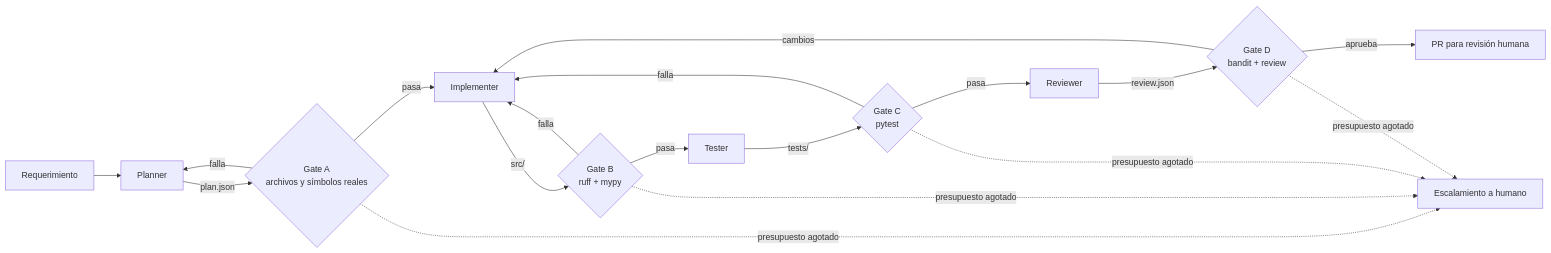
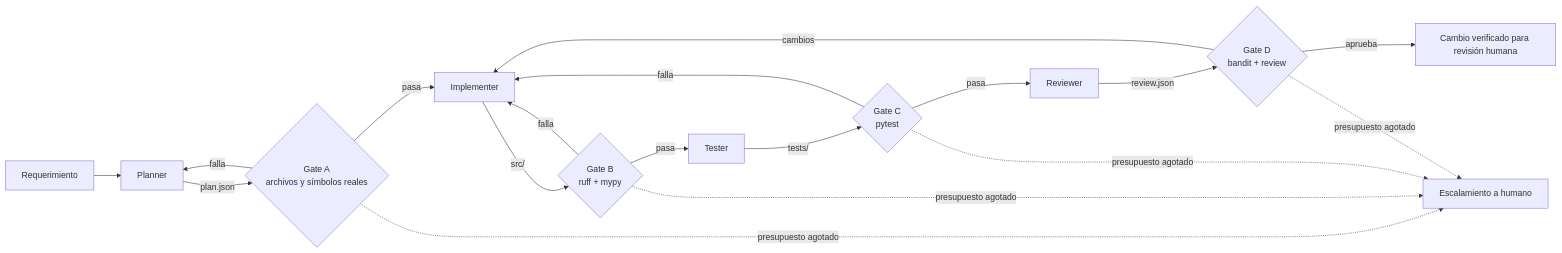
Before and after one commit to ancolimodio/orquestador: the diagram in README.md, drawn with Mermaid. The commit also changed other lines of this file and 3 other files, not shown here.

````diff
--- a/README.md
+++ b/README.md
@@ -34,17 +34,17 @@
 ```mermaid
 flowchart LR
     R[Requerimiento] --> P[Planner]
     P -->|plan.json| GA{Gate A<br/>archivos y símbolos reales}
     GA -- falla --> P
     GA -- pasa --> I[Implementer]
     I -->|src/| GB{Gate B<br/>ruff + mypy}
     GB -- falla --> I
     GB -- pasa --> T[Tester]
     T -->|tests/| GC{Gate C<br/>pytest}
     GC -- falla --> I
     GC -- pasa --> RV[Reviewer]
     RV -->|review.json| GD{Gate D<br/>bandit + review}
     GD -- cambios --> I
-    GD -- aprueba --> PR[PR para revisión humana]
+    GD -- aprueba --> PR[Cambio verificado para revisión humana]
     GA & GB & GC & GD -. presupuesto agotado .-> H[Escalamiento a humano]
 ```
````
